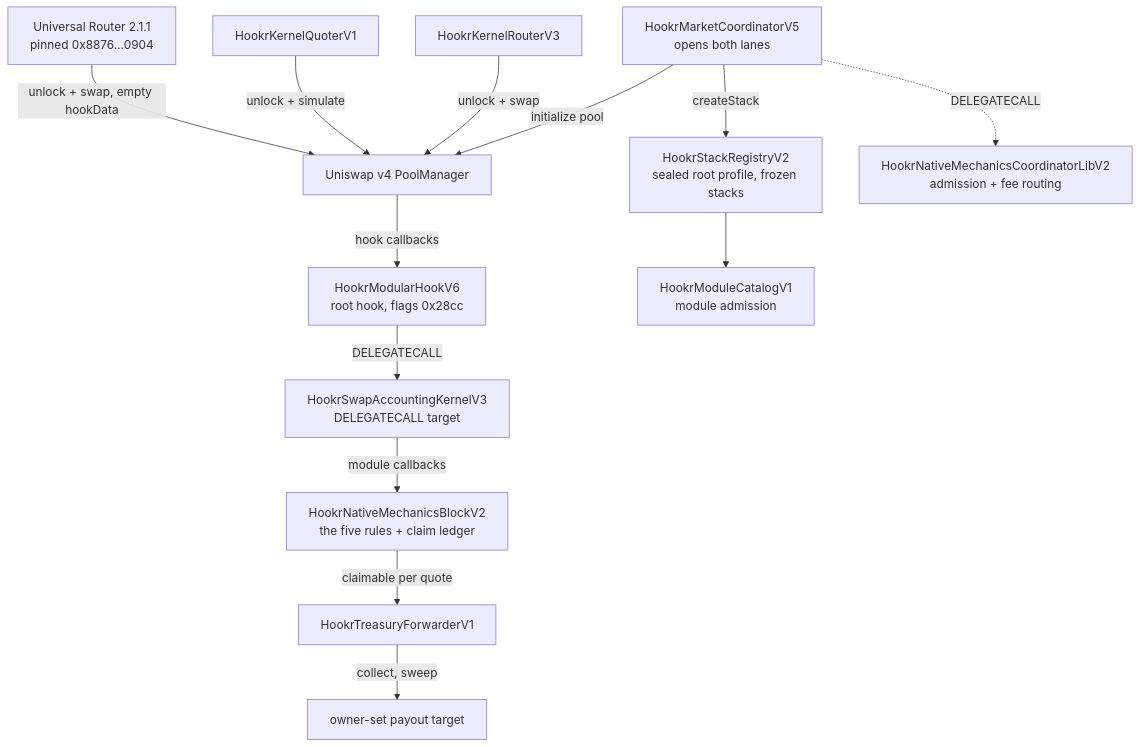
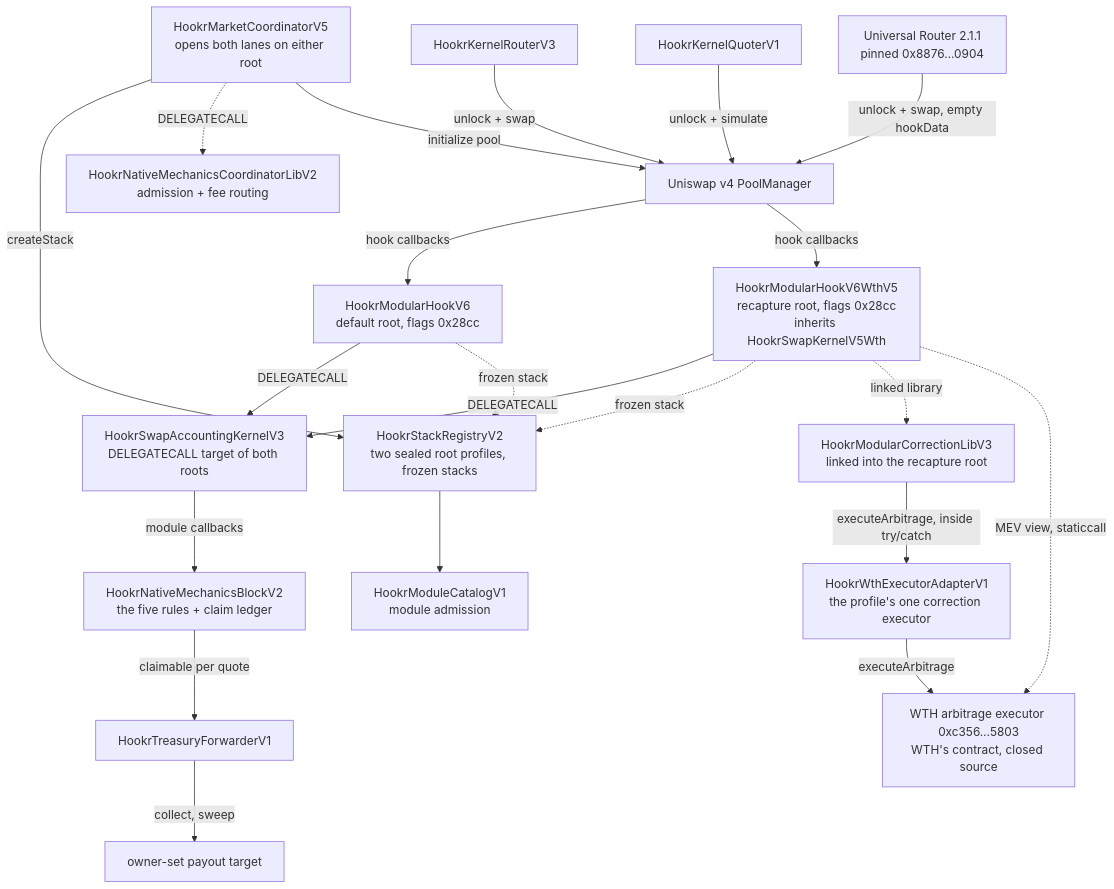
Before and after one commit to Hookr-fun/hookr-contracts: the diagram in docs/concepts/architecture.md, drawn with Mermaid. The commit also changed other lines of this file and 40 other files, not shown here.

First line of the commit message:
Publish the recapture root and open the repository to labs contributions (#6)

````diff
--- a/docs/concepts/architecture.md
+++ b/docs/concepts/architecture.md
@@ -35,28 +62,40 @@
 ```mermaid
 graph TD
   PM[Uniswap v4 PoolManager]
-  ROOT[HookrModularHookV6<br/>root hook, flags 0x28cc]
-  KACC[HookrSwapAccountingKernelV3<br/>DELEGATECALL target]
+  ROOT[HookrModularHookV6<br/>default root, flags 0x28cc]
+  ROOT2[HookrModularHookV6WthV5<br/>recapture root, flags 0x28cc<br/>inherits HookrSwapKernelV5Wth]
+  KACC[HookrSwapAccountingKernelV3<br/>DELEGATECALL target of both roots]
+  LIB3[HookrModularCorrectionLibV3<br/>linked into the recapture root]
+  ADAPTER[HookrWthExecutorAdapterV1<br/>the profile's one correction executor]
+  WTH[WTH arbitrage executor 0xc356…5803<br/>WTH's contract, closed source]
   BLOCK[HookrNativeMechanicsBlockV2<br/>the five rules + claim ledger]
-  REG[HookrStackRegistryV2<br/>sealed root profile, frozen stacks]
+  REG[HookrStackRegistryV2<br/>two sealed root profiles, frozen stacks]
   CAT[HookrModuleCatalogV1<br/>module admission]
-  COORD[HookrMarketCoordinatorV5<br/>opens both lanes]
+  COORD[HookrMarketCoordinatorV5<br/>opens both lanes on either root]
   LIB[HookrNativeMechanicsCoordinatorLibV2<br/>admission + fee routing]
   ROUTER[HookrKernelRouterV3]
   QUOTER[HookrKernelQuoterV1]
   FWD[HookrTreasuryForwarderV1]
   UR[Universal Router 2.1.1<br/>pinned 0x8876…0904]
 
   COORD -->|createStack| REG
   COORD -.->|DELEGATECALL| LIB
   REG --> CAT
   COORD -->|initialize pool| PM
   PM -->|hook callbacks| ROOT
+  PM -->|hook callbacks| ROOT2
   ROOT -->|DELEGATECALL| KACC
+  ROOT2 -->|DELEGATECALL| KACC
+  ROOT -.->|frozen stack| REG
+  ROOT2 -.->|frozen stack| REG
+  ROOT2 -.->|linked library| LIB3
+  LIB3 -->|executeArbitrage, inside try/catch| ADAPTER
+  ADAPTER -->|executeArbitrage| WTH
+  ROOT2 -.->|MEV view, staticcall| WTH
   KACC -->|module callbacks| BLOCK
   ROUTER -->|unlock + swap| PM
   QUOTER -->|unlock + simulate| PM
   UR -->|unlock + swap, empty hookData| PM
   BLOCK -->|claimable per quote| FWD
   FWD -->|collect, sweep| TARGET[owner-set payout target]
 ```
````
